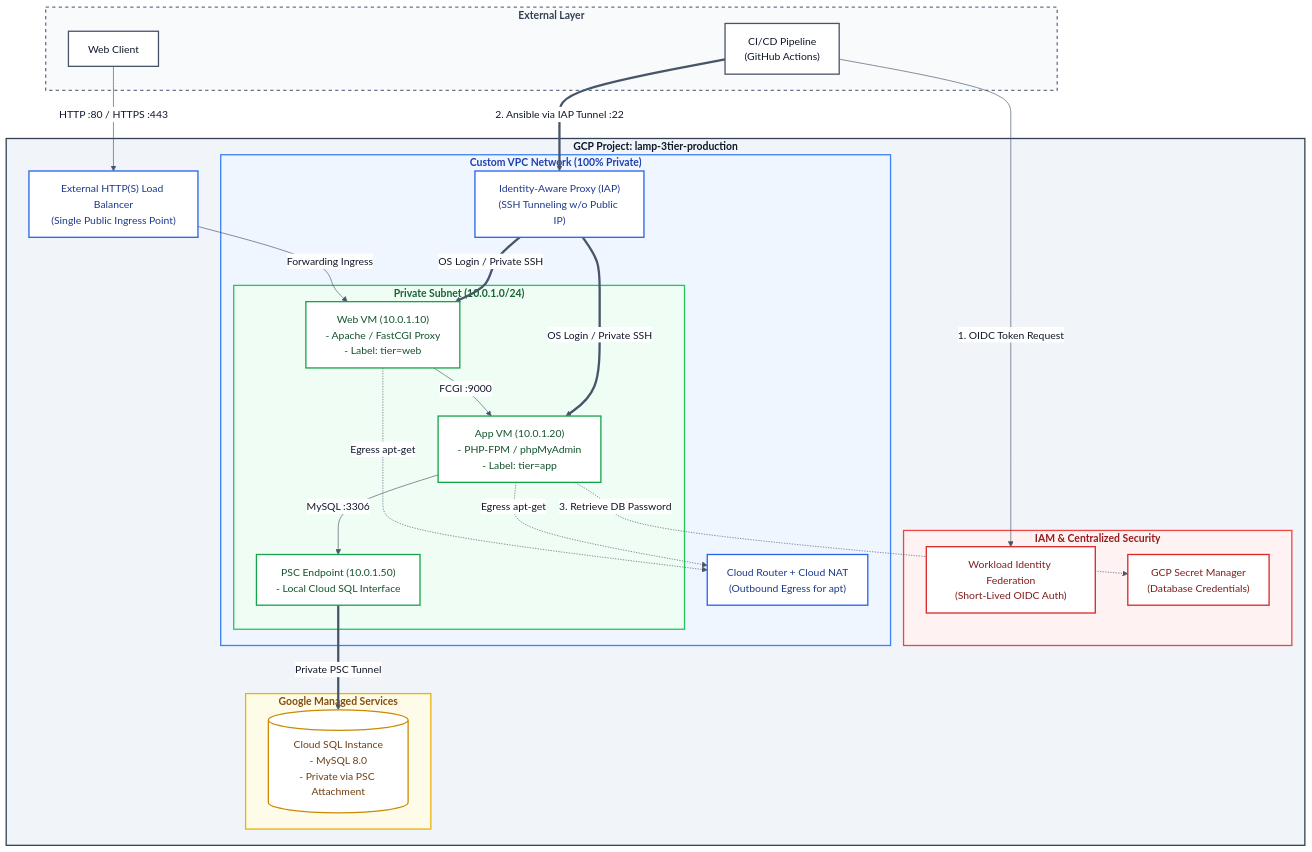
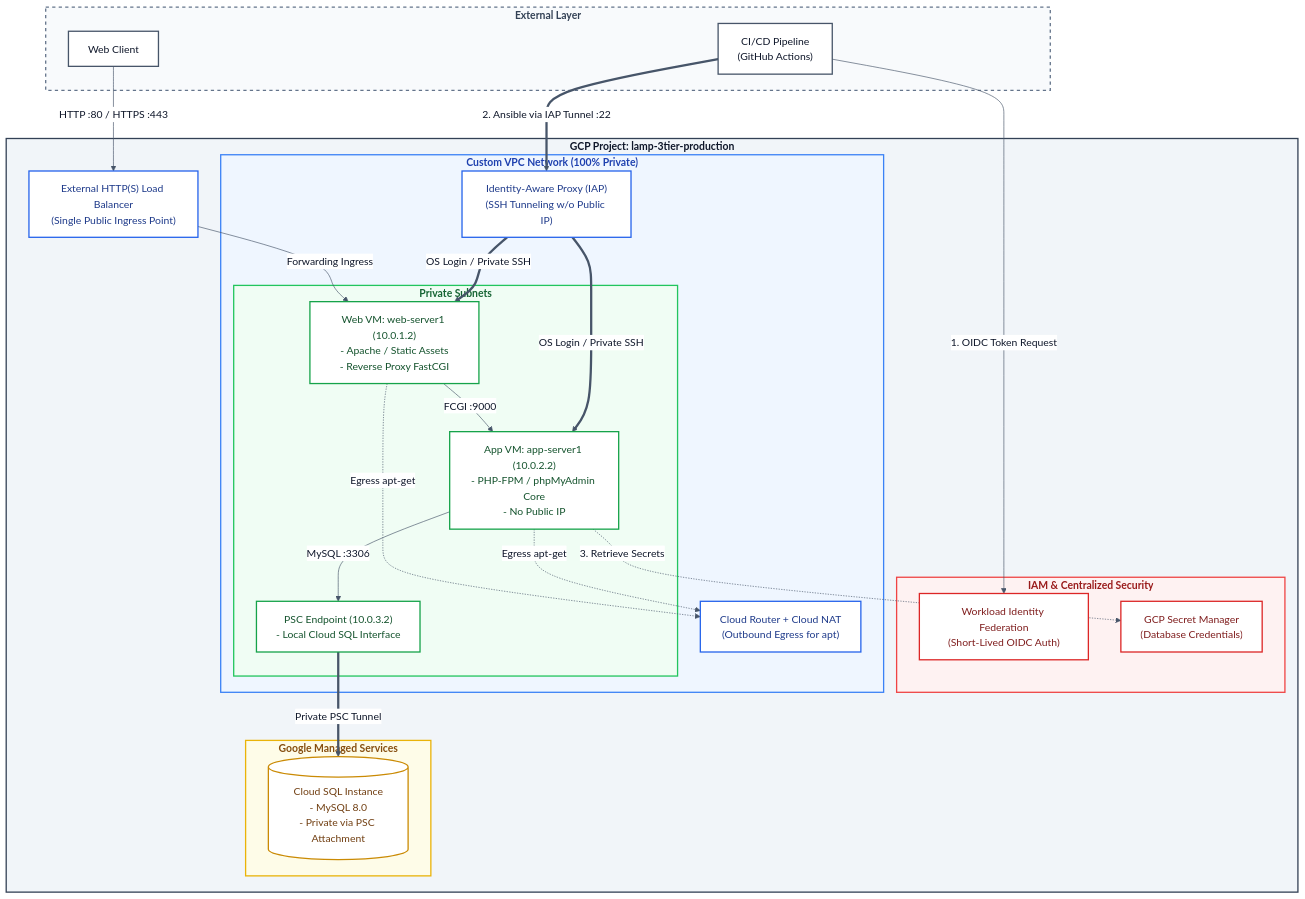
The diagram in README.md (vladimir-evdokimov-pro/lamp-gcp-zero-trust), drawn with Mermaid before and after one commit. The commit also changed other lines of this file, not shown here.

````diff
--- a/README.md
+++ b/README.md
@@ -30,81 +31,81 @@
 ```mermaid
 %%{
   init: {
     'theme': 'base',
     'themeVariables': {
       'primaryColor': '#ffffff',
       'primaryTextColor': '#0f172a',
       'primaryBorderColor': '#475569',
       'lineColor': '#475569',
       'textColor': '#0f172a',
       'edgeLabelBackground': '#ffffff',
       'tertiaryColor': '#f8fafc'
     }
   }
 }%%
 graph TD
     style EXTERNAL fill:#f8fafc,stroke:#64748b,stroke-width:2px,stroke-dasharray: 5 5
     style GCP_PROJECT fill:#f1f5f9,stroke:#334155,stroke-width:2px
     style SECURITY_LAYER fill:#fef2f2,stroke:#ef4444,stroke-width:2px
     style VPC fill:#eff6ff,stroke:#3b82f6,stroke-width:2px
     style SUBNET fill:#f0fdf4,stroke:#22c55e,stroke-width:2px
     style GCP_MANAGED fill:#fefce8,stroke:#eab308,stroke-width:2px
 
     classDef external fill:#ffffff,stroke:#475569,stroke-width:2px,color:#0f172a;
     classDef gcpBlue fill:#ffffff,stroke:#2563eb,stroke-width:2px,color:#1e3a8a;
     classDef gcpGreen fill:#ffffff,stroke:#16a34a,stroke-width:2px,color:#14532d;
     classDef gcpYellow fill:#ffffff,stroke:#ca8a04,stroke-width:2px,color:#713f12;
     classDef gcpRed fill:#ffffff,stroke:#dc2626,stroke-width:2px,color:#7f1d1d;
 
     subgraph EXTERNAL["<font color='#334155'><b>External Layer</b></font>"]
         User["Web Client"]
         GitHub["CI/CD Pipeline<br/>(GitHub Actions)"]
     end
 
     subgraph GCP_PROJECT["<font color='#0f172a'><b>GCP Project: lamp-3tier-production</b></font>"]
 
         subgraph SECURITY_LAYER["<font color='#991b1b'><b>IAM & Centralized Security</b></font>"]
             WIF["Workload Identity Federation<br/>(Short-Lived OIDC Auth)"]
             Secrets["GCP Secret Manager<br/>(Database Credentials)"]
         end
 
         LB["External HTTP(S) Load Balancer<br/>(Single Public Ingress Point)"]
 
         subgraph VPC["<font color='#1e40af'><b>Custom VPC Network (100% Private)</b></font>"]
 
-            subgraph SUBNET["<font color='#166534'><b>Private Subnet (10.0.1.0/24)</b></font>"]
-                VM_Web["Web VM (10.0.1.10)<br/>- Apache / FastCGI Proxy<br/>- Label: tier=web"]
-                VM_App["App VM (10.0.1.20)<br/>- PHP-FPM / phpMyAdmin<br/>- Label: tier=app"]
-                PSC_Endpoint["PSC Endpoint (10.0.1.50)<br/>- Local Cloud SQL Interface"]
+            subgraph SUBNET["<font color='#166534'><b>Private Subnets</b></font>"]
+                VM_Web["Web VM: web-server1 (10.0.1.2)<br/>- Apache / Static Assets<br/>- Reverse Proxy FastCGI"]
+                VM_App["App VM: app-server1 (10.0.2.2)<br/>- PHP-FPM / phpMyAdmin Core<br/>- No Public IP"]
+                PSC_Endpoint["PSC Endpoint (10.0.3.2)<br/>- Local Cloud SQL Interface"]
             end
 
             NAT["Cloud Router + Cloud NAT<br/>(Outbound Egress for apt)"]
             IAP["Identity-Aware Proxy (IAP)<br/>(SSH Tunneling w/o Public IP)"]
         end
 
         subgraph GCP_MANAGED["<font color='#854d0e'><b>Google Managed Services</b></font>"]
             CloudSQL[("Cloud SQL Instance<br/>- MySQL 8.0<br/>- Private via PSC Attachment")]
         end
     end
 
     User -->|HTTP :80 / HTTPS :443| LB
     LB -->|Forwarding Ingress| VM_Web
     VM_Web -->|FCGI :9000| VM_App
     VM_App -->|MySQL :3306| PSC_Endpoint
     PSC_Endpoint ==>|Private PSC Tunnel| CloudSQL
 
     VM_Web -.->|Egress apt-get| NAT
     VM_App -.->|Egress apt-get| NAT
 
     GitHub -->|1. OIDC Token Request| WIF
     GitHub ==>|2. Ansible via IAP Tunnel :22| IAP
     IAP ==>|OS Login / Private SSH| VM_Web
     IAP ==>|OS Login / Private SSH| VM_App
-    VM_App -.->|3. Retrieve DB Password| Secrets
+    VM_App -.->|3. Retrieve Secrets| Secrets
 
     class User,GitHub external;
     class LB,NAT,IAP gcpBlue;
     class VM_Web,VM_App,PSC_Endpoint gcpGreen;
     class WIF,Secrets gcpRed;
     class CloudSQL gcpYellow;
 ```
````
